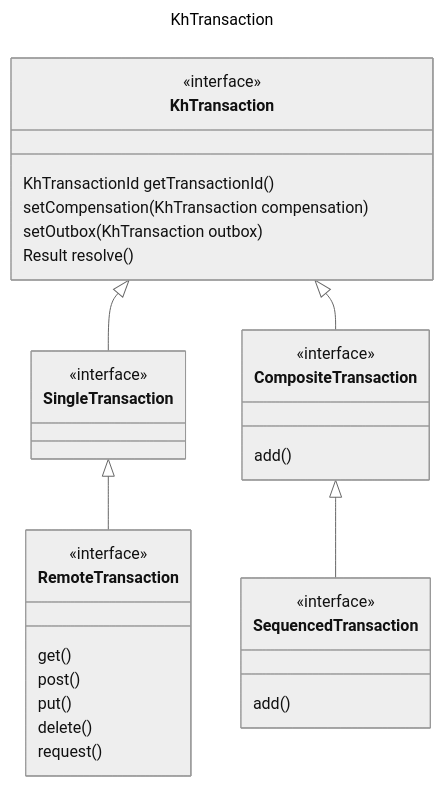
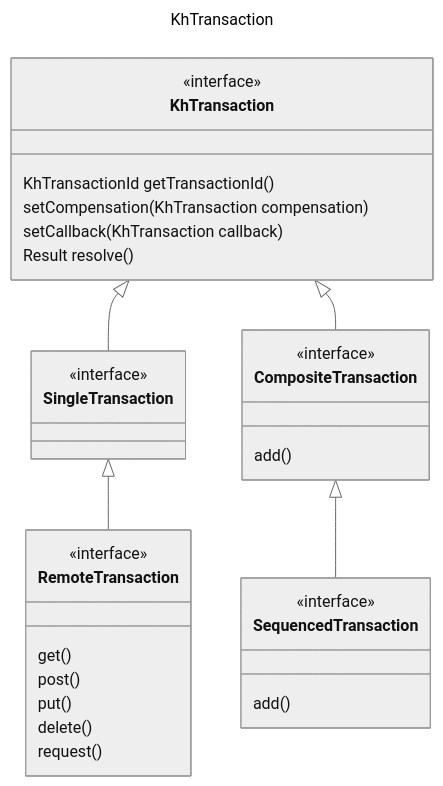
One commit to keyhub-projects/distributed-transaction-kit changed the third of 5 diagrams in README.md. Above: the diagram before and after it, drawn with Mermaid (neutral theme). The commit also changed other lines of this file and 28 other files, not shown here.

````diff
--- a/README.md
+++ b/README.md
@@ -99,40 +135,40 @@
 ```mermaid
 ---
 title: KhTransaction
 ---
 classDiagram
     class KhTransaction {
         KhTransactionId getTransactionId()
         setCompensation(KhTransaction compensation)
-        setOutbox(KhTransaction outbox)
+        setCallback(KhTransaction callback)
         Result resolve()
     }
     <<interface>> KhTransaction
     
     class SingleTransaction {
     }
     <<interface>> SingleTransaction
     KhTransaction <|-- SingleTransaction
     
     class RemoteTransaction {
         get()
         post()
         put()
         delete()
         request()
     }
     <<interface>> RemoteTransaction
     SingleTransaction <|-- RemoteTransaction
 
     class CompositeTransaction {
         add()
     }
     KhTransaction <|-- CompositeTransaction
     <<interface>> CompositeTransaction
 
     class SequencedTransaction {
         add()
     }
     <<interface>> SequencedTransaction
     CompositeTransaction <|-- SequencedTransaction
 ```
````
